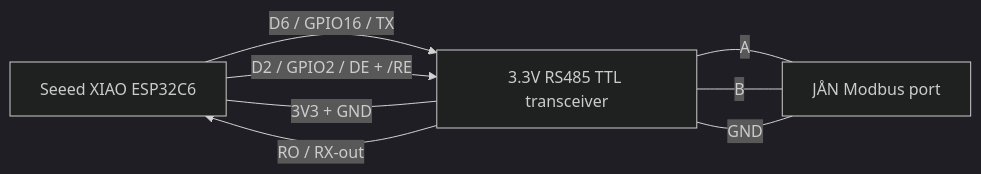
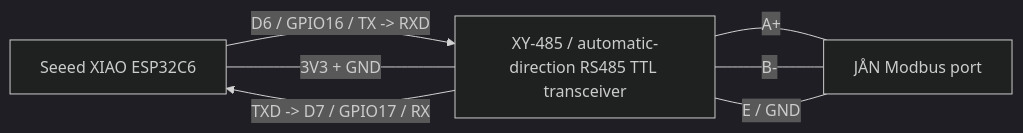
Before and after one commit to GroteGehaktBal/adlar-aurora3-esphome: the diagram in docs/wiring.md, drawn with Mermaid (dark theme). The commit also changed other lines of this file and 3 other files, not shown here.

````diff
--- a/docs/wiring.md
+++ b/docs/wiring.md
@@ -7,14 +7,13 @@
 ```mermaid
 flowchart LR
   XIAO["Seeed XIAO ESP32C6"]
-  RS485["3.3V RS485 TTL transceiver"]
+  RS485["XY-485 / automatic-direction RS485 TTL transceiver"]
   JAN["JÅN Modbus port"]
 
-  XIAO -- "D6 / GPIO16 / TX" --> RS485
-  RS485 -- "RO / RX-out" --> XIAO
-  XIAO -- "D2 / GPIO2 / DE + /RE" --> RS485
+  XIAO -- "D6 / GPIO16 / TX -> RXD" --> RS485
+  RS485 -- "TXD -> D7 / GPIO17 / RX" --> XIAO
   XIAO -- "3V3 + GND" --- RS485
-  RS485 -- "A" --- JAN
-  RS485 -- "B" --- JAN
-  RS485 -- "GND" --- JAN
+  RS485 -- "A+" --- JAN
+  RS485 -- "B-" --- JAN
+  RS485 -- "E / GND" --- JAN
 ```
````
